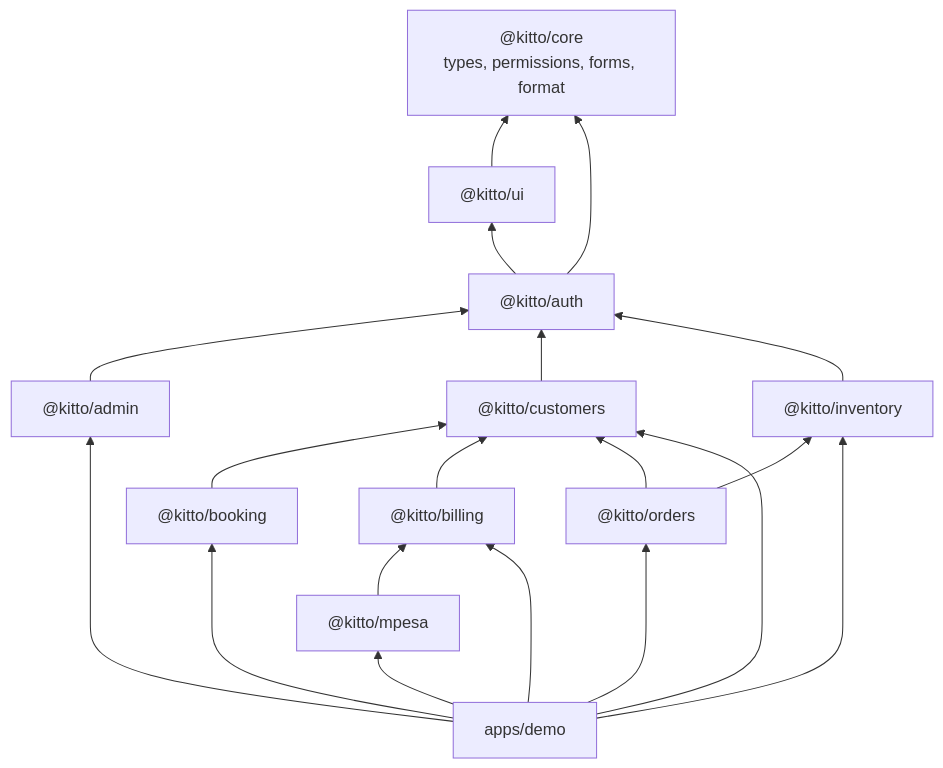
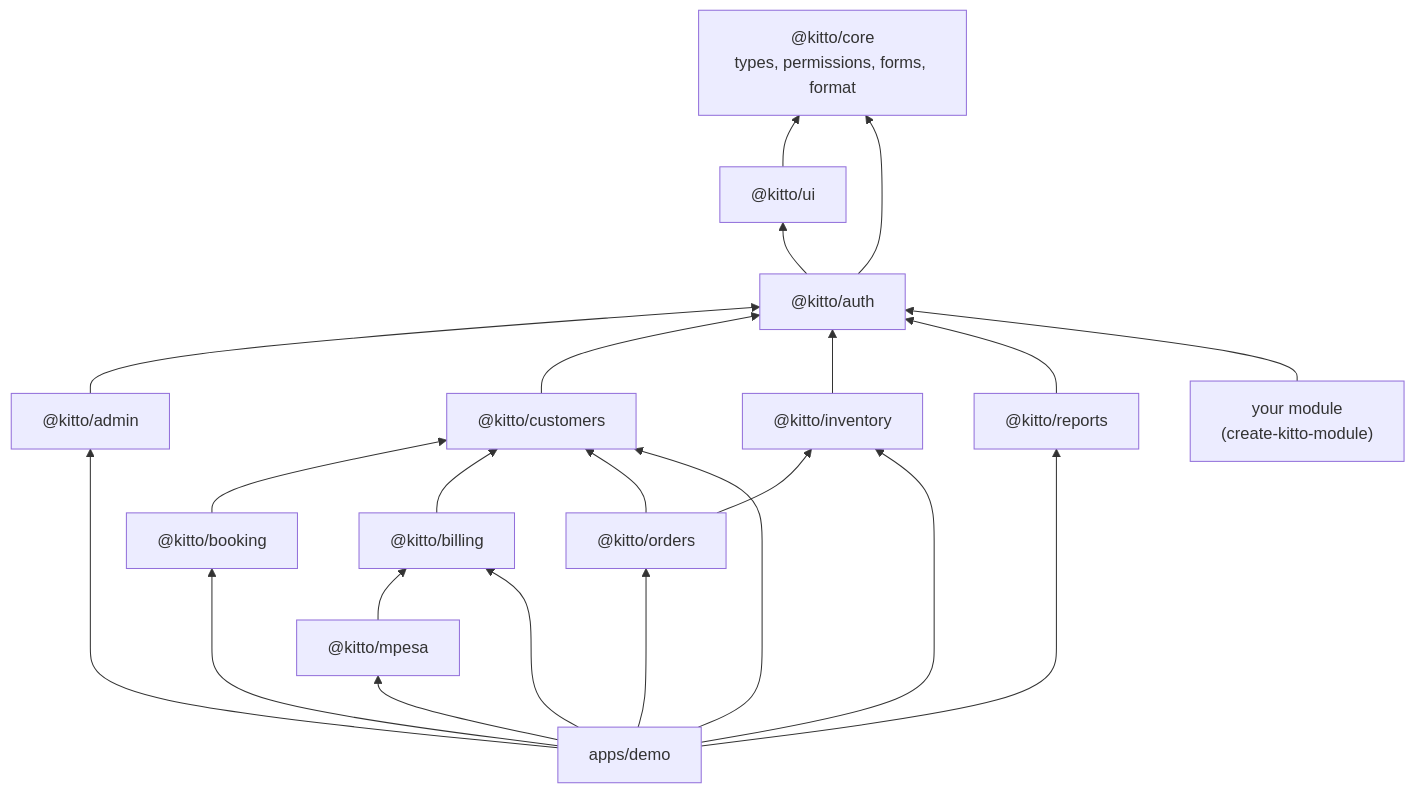
One commit to adamsdenniskariuki/kitto changed the eighth of 17 diagrams in docs/ARCHITECTURE.md. Above: the diagram before and after it, drawn with Mermaid. The commit also changed other lines of this file and 48 other files, not shown here.

First line of the commit message:
Step 6: reports + create-kitto-module generator (#6)

````diff
--- a/docs/ARCHITECTURE.md
+++ b/docs/ARCHITECTURE.md
@@ -264,14 +264,16 @@
 ```mermaid
 flowchart BT
   core["@kitto/core<br/>types, permissions, forms, format"]
   ui["@kitto/ui"] --> core
   auth["@kitto/auth"] --> core & ui
   admin["@kitto/admin"] --> auth
   customers["@kitto/customers"] --> auth
   booking["@kitto/booking"] --> customers
   billing["@kitto/billing"] --> customers
   mpesa["@kitto/mpesa"] --> billing
   inventory["@kitto/inventory"] --> auth
   orders["@kitto/orders"] --> customers & inventory
-  app["apps/demo"] --> admin & customers & booking & billing & mpesa & inventory & orders
+  reports["@kitto/reports"] --> auth
+  gen["your module<br/>(create-kitto-module)"] --> auth
+  app["apps/demo"] --> admin & customers & booking & billing & mpesa & inventory & orders & reports
 ```
````
